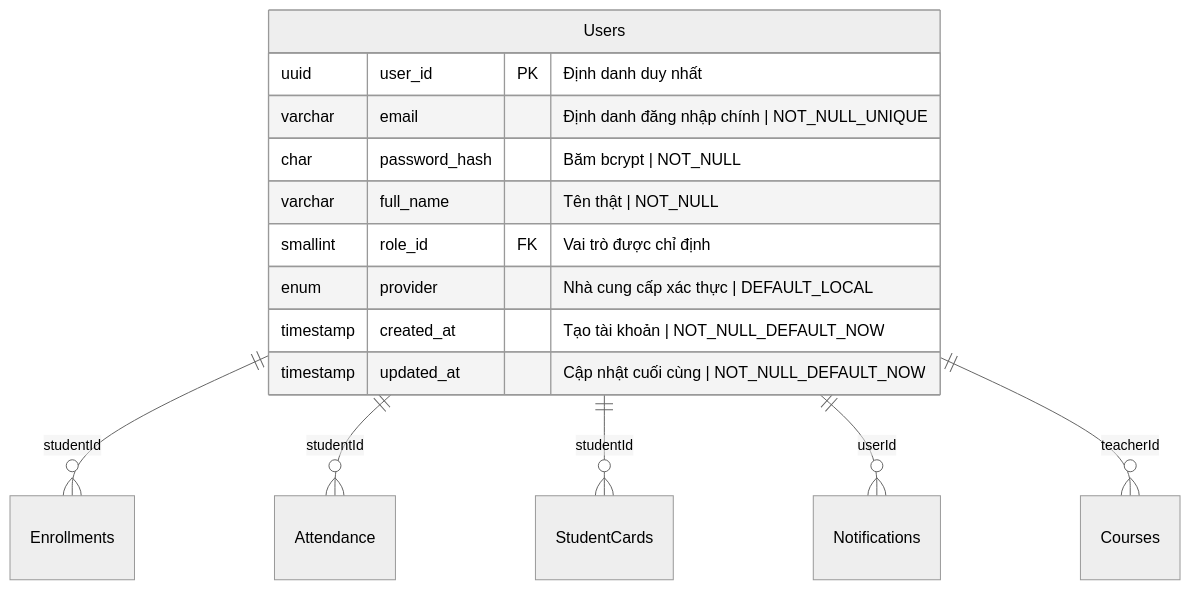
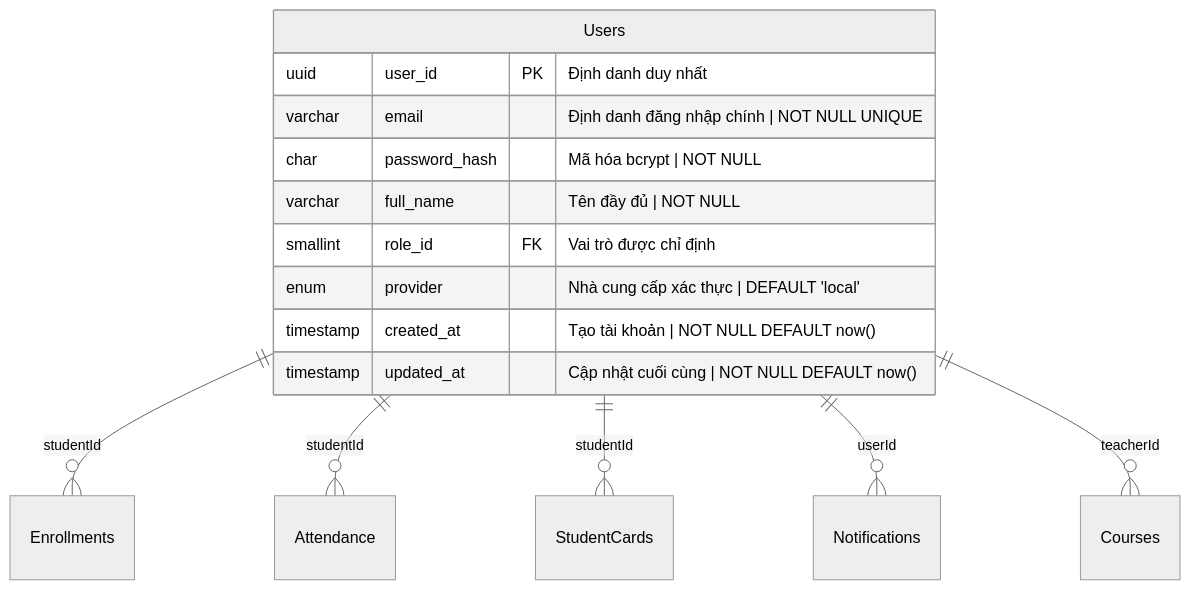
Before and after one commit to hainguyen81/enterprise-it-ai: the second of 12 diagrams in sources/storage/business-analysis/membership-hub/requirements.md, drawn with Mermaid (neutral theme). The commit also changed other lines of this file and 7 other files, not shown here.

````diff
--- a/sources/storage/business-analysis/membership-hub/requirements.md
+++ b/sources/storage/business-analysis/membership-hub/requirements.md
@@ -344,18 +402,18 @@
 ```mermaid
 erDiagram
     Users {
         uuid user_id PK "Định danh duy nhất"
-        varchar email "Định danh đăng nhập chính | NOT_NULL_UNIQUE"
-        char password_hash "Băm bcrypt | NOT_NULL"
-        varchar full_name "Tên thật | NOT_NULL"
+        varchar email "Định danh đăng nhập chính | NOT NULL UNIQUE"
+        char password_hash "Mã hóa bcrypt | NOT NULL"
+        varchar full_name "Tên đầy đủ | NOT NULL"
         smallint role_id FK "Vai trò được chỉ định"
-        enum provider "Nhà cung cấp xác thực | DEFAULT_LOCAL"
-        timestamp created_at "Tạo tài khoản | NOT_NULL_DEFAULT_NOW"
-        timestamp updated_at "Cập nhật cuối cùng | NOT_NULL_DEFAULT_NOW"
+        enum provider "Nhà cung cấp xác thực | DEFAULT 'local'"
+        timestamp created_at "Tạo tài khoản | NOT NULL DEFAULT now()"
+        timestamp updated_at "Cập nhật cuối cùng | NOT NULL DEFAULT now()"
     }
     Users ||--o{ Enrollments : "studentId"
     Users ||--o{ Attendance : "studentId"
     Users ||--o{ StudentCards : "studentId"
     Users ||--o{ Notifications : "userId"
     Users ||--o{ Courses : "teacherId"
 ```
````
